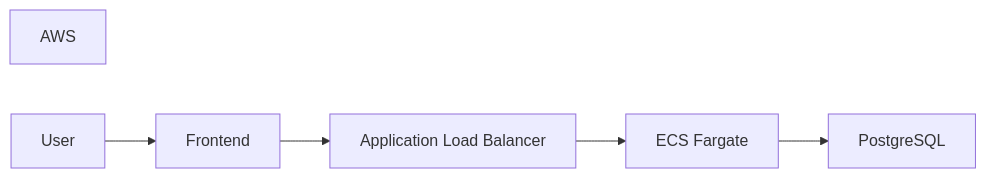
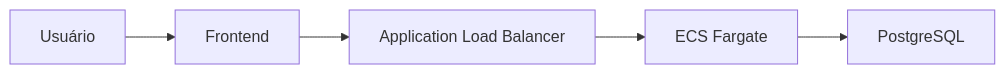
Before and after one commit to RildoDias08/TestandoAws: the second of 2 diagrams in README.md, drawn with Mermaid. The commit also changed other lines of this file, not shown here.

Commit message:
Fix formatting and language in README architecture section

````diff
--- a/README.md
+++ b/README.md
@@ -24,9 +25,8 @@
 ```mermaid
 flowchart LR
-AWS
-    User --> S3[Frontend]
+    Usuário --> S3[Frontend]
     S3 --> ALB[Application Load Balancer]
     ALB --> ECS[ECS Fargate]
     ECS --> RDS[PostgreSQL]
 
 ```
````
